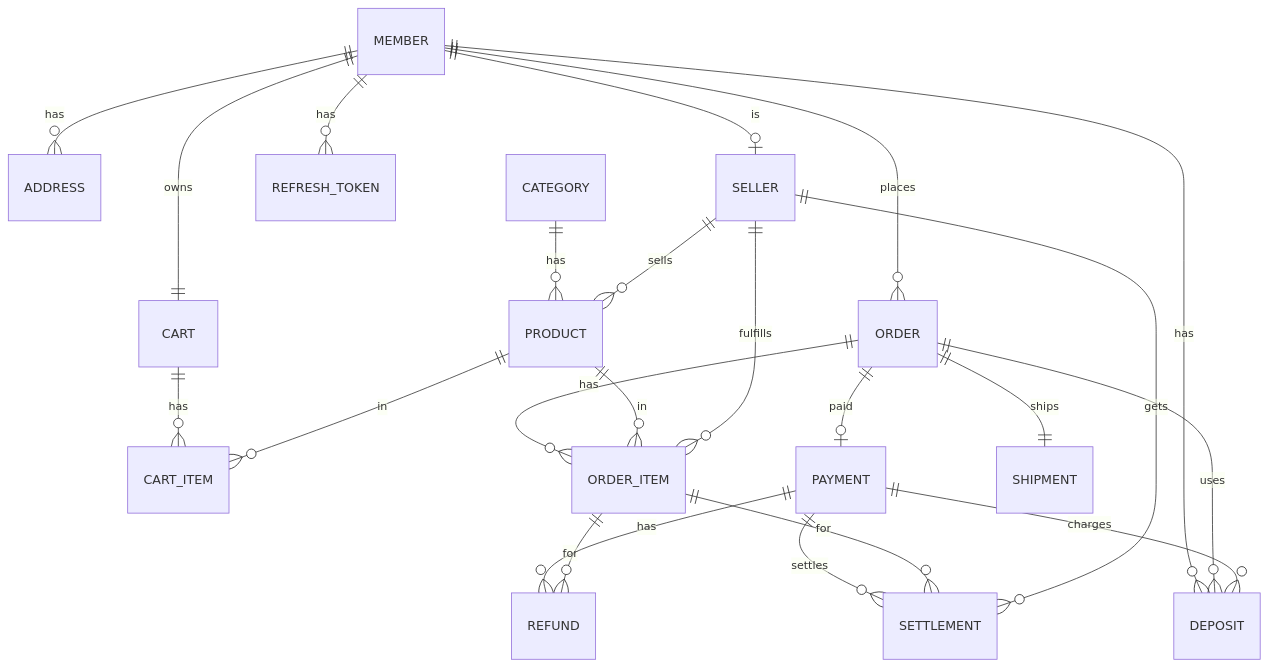
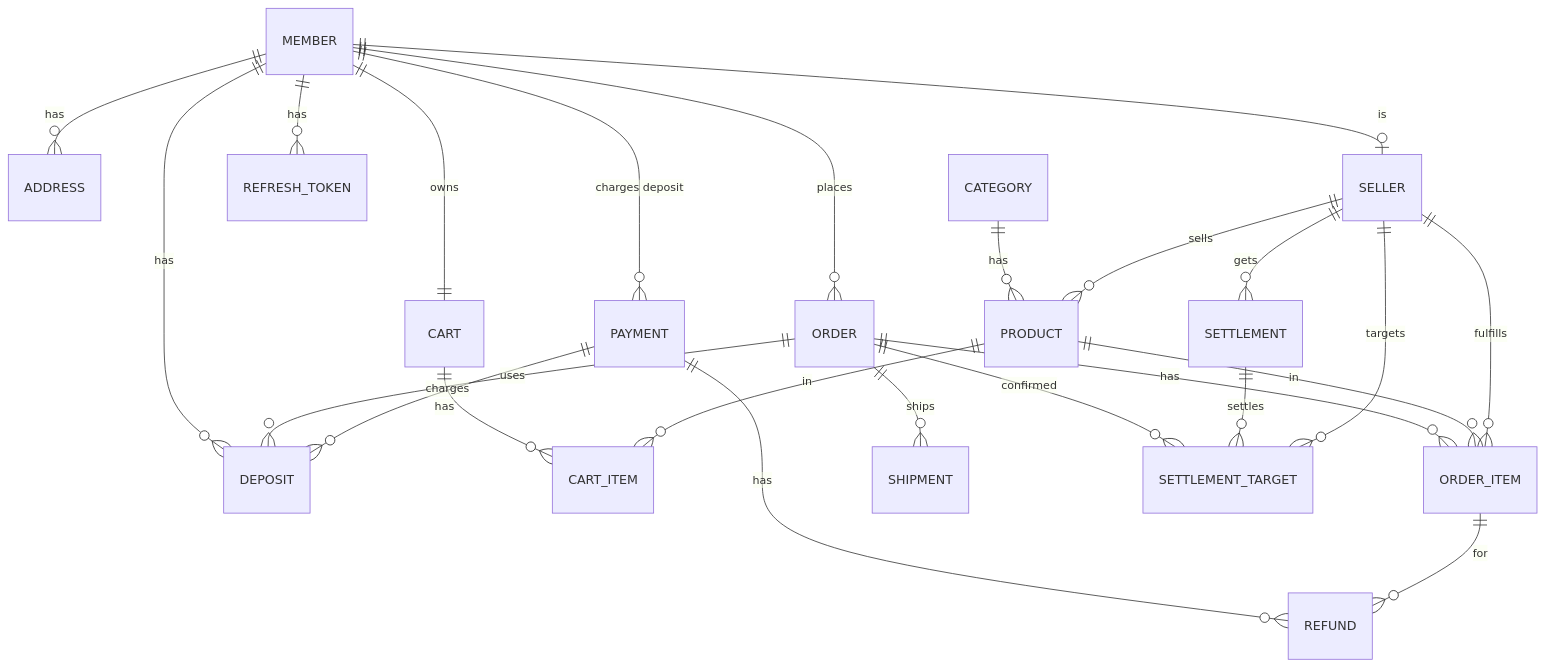
One commit to prgrms-be-adv-devcourse/beadv5_5_404_Not_Found_BE changed the second of 2 diagrams in docs/#2_ERD.md. Above: the diagram before and after it, drawn with Mermaid. The commit also changed other lines of this file and 15 other files, not shown here.

````diff
--- a/docs/#2_ERD.md
+++ b/docs/#2_ERD.md
@@ -238,26 +236,27 @@
 ```mermaid
 erDiagram
     MEMBER ||--o{ ADDRESS : has
     MEMBER ||--|| CART : owns
     MEMBER ||--o{ ORDER : places
     MEMBER ||--o| SELLER : is
     MEMBER ||--o{ DEPOSIT : has
     MEMBER ||--o{ REFRESH_TOKEN : has
+    MEMBER ||--o{ PAYMENT : "charges deposit"
 
     CATEGORY ||--o{ PRODUCT : has
     SELLER ||--o{ PRODUCT : sells
     CART ||--o{ CART_ITEM : has
     PRODUCT ||--o{ CART_ITEM : in
     ORDER ||--o{ ORDER_ITEM : has
     PRODUCT ||--o{ ORDER_ITEM : in
     SELLER ||--o{ ORDER_ITEM : fulfills
-    ORDER ||--o| PAYMENT : paid
-    ORDER ||--|| SHIPMENT : ships
+    ORDER ||--o{ SHIPMENT : ships
     ORDER ||--o{ DEPOSIT : uses
     PAYMENT ||--o{ REFUND : has
-    PAYMENT ||--o{ SETTLEMENT : settles
     PAYMENT ||--o{ DEPOSIT : charges
     ORDER_ITEM ||--o{ REFUND : for
-    ORDER_ITEM ||--o{ SETTLEMENT : for
+    ORDER ||--o{ SETTLEMENT_TARGET : confirmed
+    SETTLEMENT ||--o{ SETTLEMENT_TARGET : settles
+    SELLER ||--o{ SETTLEMENT_TARGET : targets
     SELLER ||--o{ SETTLEMENT : gets
 ```
````
